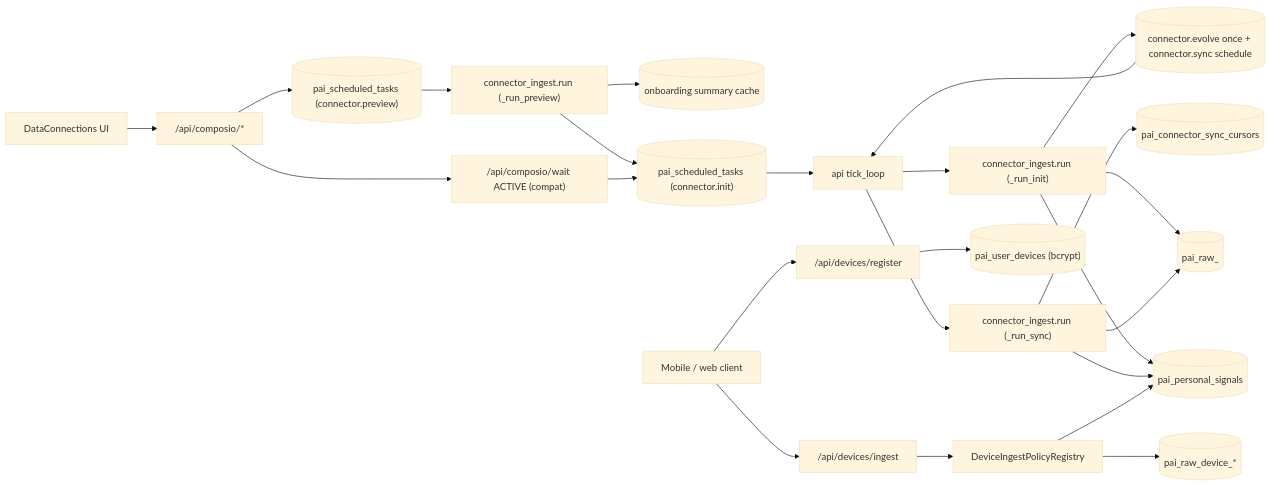
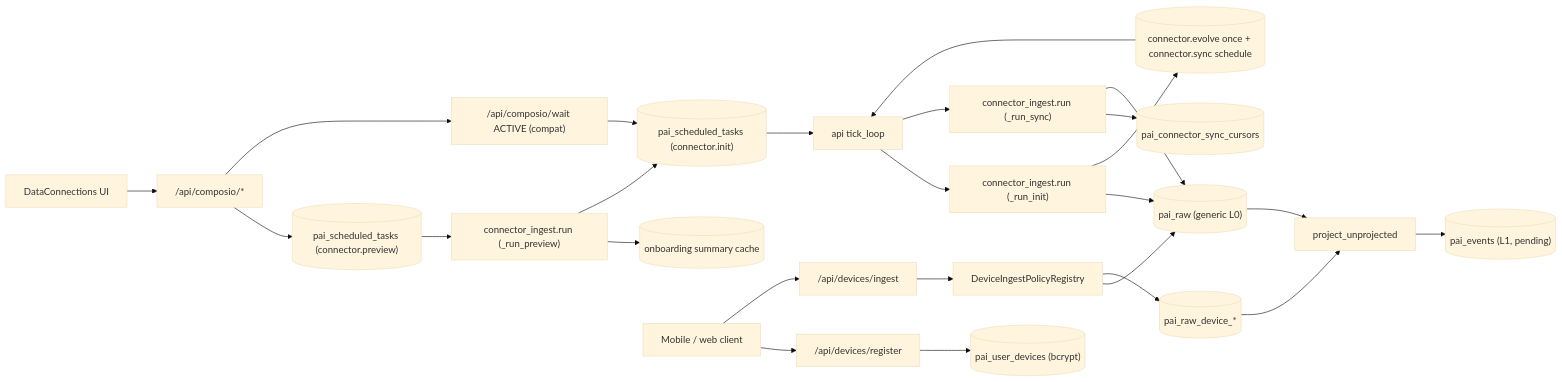
Before and after one commit to Edge-AI-HQ/proactive-assistant: the first of 4 diagrams in docs/modules/data-connectors.mdx, drawn with Mermaid (base theme). The commit also changed other lines of this file and 326 other files, not shown here.

First line of the commit message:
refactor(memory): lifelong-memory three-layer refactor + legacy architecture sunset (#215)

````diff
--- a/docs/modules/data-connectors.mdx
+++ b/docs/modules/data-connectors.mdx
@@ -15,26 +15,27 @@
 ```mermaid
 flowchart LR
   UI["DataConnections UI"] --> Composio["/api/composio/*"]
   Composio --> PreviewQ[("pai_scheduled_tasks (connector.preview)")]
   PreviewQ --> PreviewH["connector_ingest.run (_run_preview)"]
   PreviewH --> Summary[("onboarding summary cache")]
   PreviewH --> Q[("pai_scheduled_tasks (connector.init)")]
   Composio --> Wait["/api/composio/wait ACTIVE (compat)"]
   Wait --> Q
   Q --> Sched["api tick_loop"]
   Sched --> InitH["connector_ingest.run (_run_init)"]
-  InitH --> Raw[("pai_raw_<toolkit>")]
-  InitH --> PS[("pai_personal_signals")]
+  InitH --> Raw[("pai_raw (generic L0)")]
+  Raw --> Proj["project_unprojected"]
+  Proj --> Events[("pai_events (L1, pending)")]
   InitH --> Q2[("connector.evolve once + connector.sync schedule")]
   Q2 --> Sched
   Sched --> SyncH["connector_ingest.run (_run_sync)"]
   SyncH --> Cursors[("pai_connector_sync_cursors")]
   SyncH --> Raw
-  SyncH --> PS
   Mobile["Mobile / web client"] --> Reg["/api/devices/register"]
   Reg --> Devices[("pai_user_devices (bcrypt)")]
   Mobile --> Ingest["/api/devices/ingest"]
   Ingest --> Policy["DeviceIngestPolicyRegistry"]
-  Policy --> PS
+  Policy --> Raw
   Policy --> RawDev[("pai_raw_device_*")]
+  RawDev --> Proj
 ```
````
